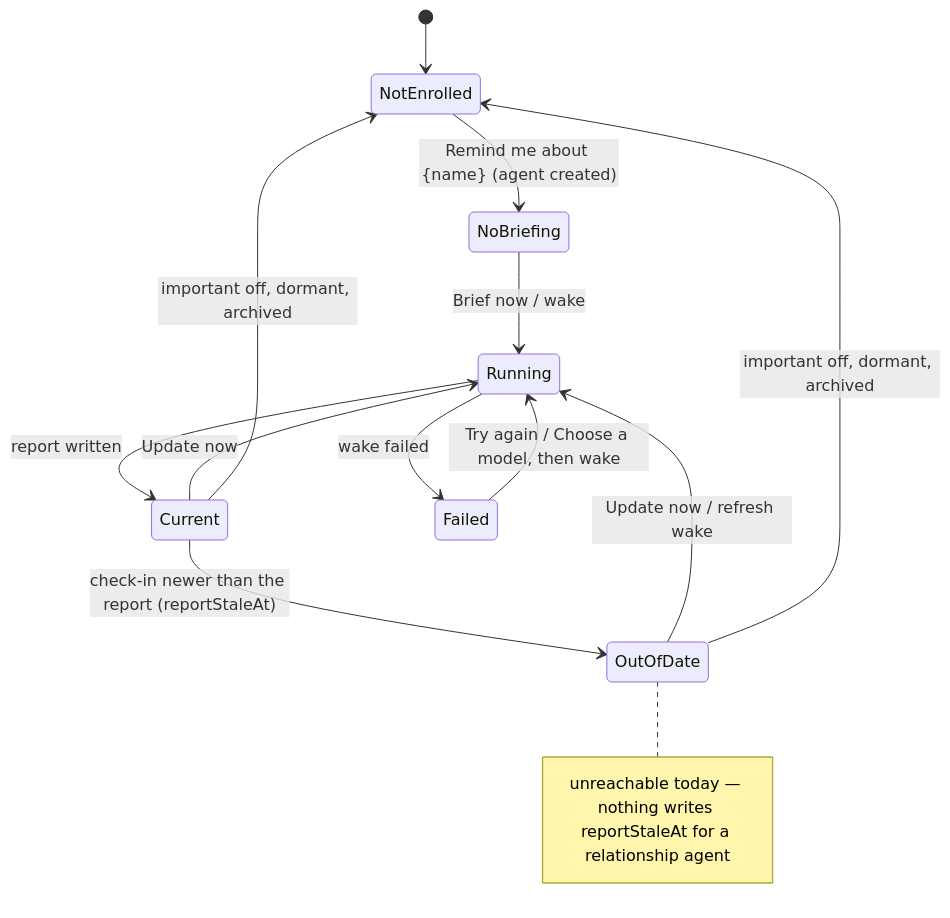
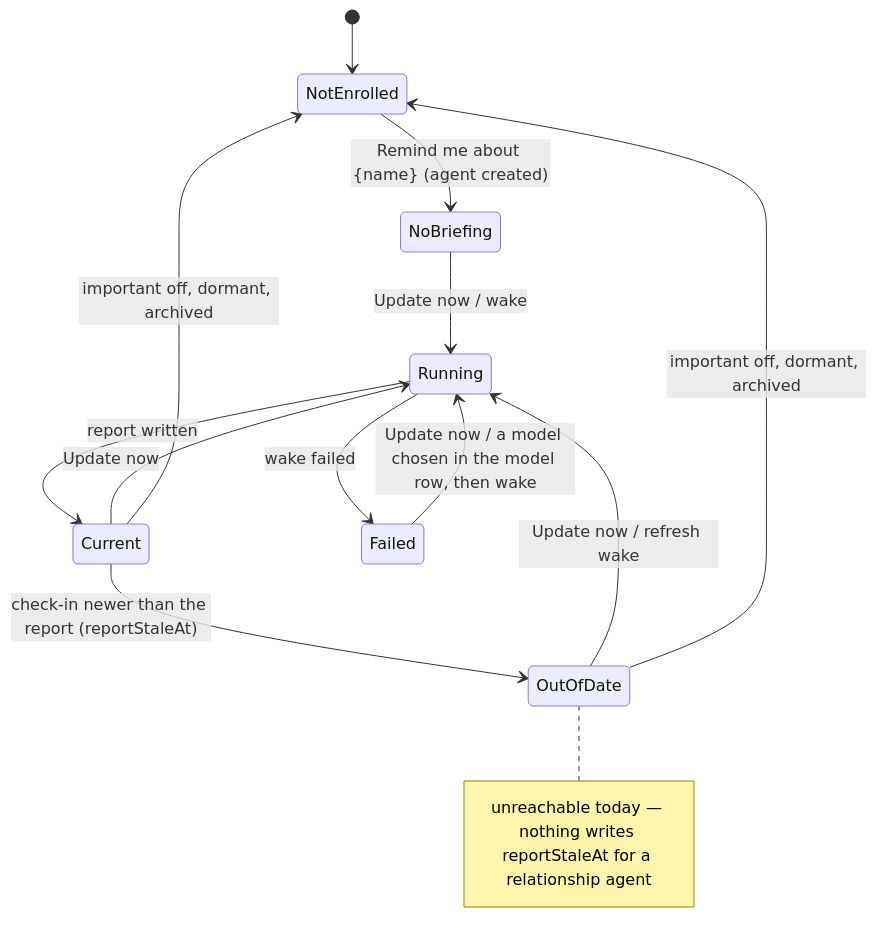
The tenth of 20 diagrams in knowledge/features/relationships.md (matthiasn/lotti), drawn with Mermaid before and after one commit. The commit also changed other lines of this file and 36 other files, not shown here.

````diff
--- a/knowledge/features/relationships.md
+++ b/knowledge/features/relationships.md
@@ -1599,15 +1610,15 @@
 ```mermaid
 stateDiagram-v2
   [*] --> NotEnrolled
   NotEnrolled --> NoBriefing: Remind me about {name} (agent created)
-  NoBriefing --> Running: Brief now / wake
+  NoBriefing --> Running: Update now / wake
   Running --> Current: report written
   Running --> Failed: wake failed
-  Failed --> Running: Try again / Choose a model, then wake
+  Failed --> Running: Update now / a model chosen in the model row, then wake
   Current --> OutOfDate: check-in newer than the report (reportStaleAt)
   OutOfDate --> Running: Update now / refresh wake
   note right of OutOfDate : unreachable today — nothing writes reportStaleAt for a relationship agent
   Current --> Running: Update now
   Current --> NotEnrolled: important off, dormant, archived
   OutOfDate --> NotEnrolled: important off, dormant, archived
 ```
````
